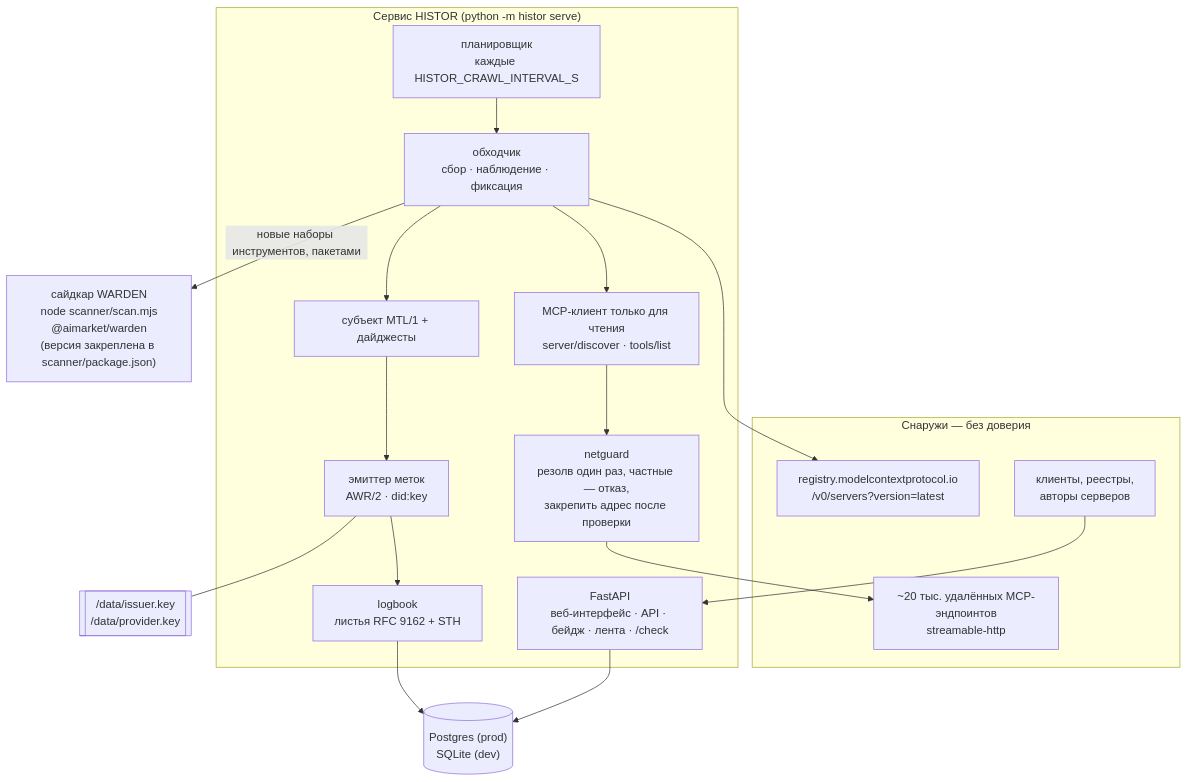
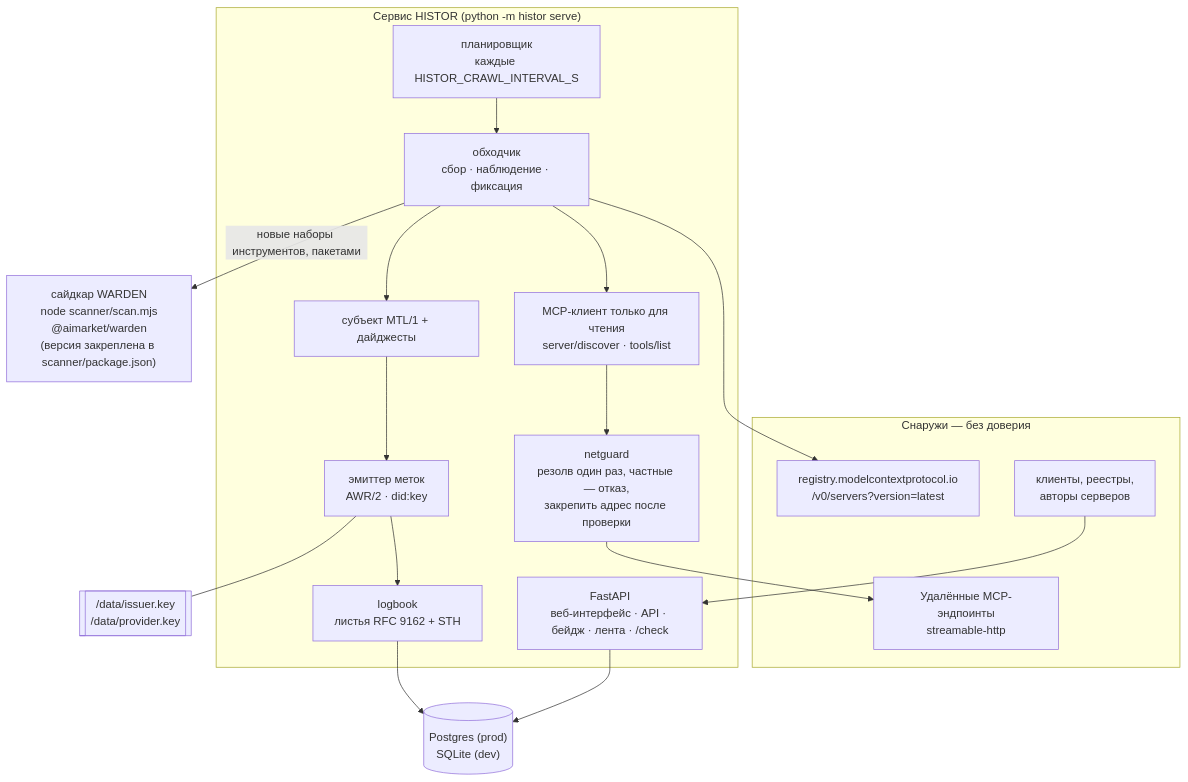
Before and after one commit to alexar76/histor: the first of 4 diagrams in docs/architecture.ru.md, drawn with Mermaid. The commit also changed other lines of this file and 42 other files, not shown here.

````diff
--- a/docs/architecture.ru.md
+++ b/docs/architecture.ru.md
@@ -9,30 +9,30 @@
 ```mermaid
 flowchart TB
     subgraph Outside["Снаружи — без доверия"]
         REG["registry.modelcontextprotocol.io<br/>/v0/servers?version=latest"]
-        MCP["~20 тыс. удалённых MCP-эндпоинтов<br/>streamable-http"]
+        MCP["Удалённые MCP-эндпоинты<br/>streamable-http"]
         CLIENT["клиенты, реестры,<br/>авторы серверов"]
     end
     subgraph Service["Сервис HISTOR (python -m histor serve)"]
         SCHED["планировщик<br/>каждые HISTOR_CRAWL_INTERVAL_S"]
         CRAWL["обходчик<br/>сбор · наблюдение · фиксация"]
         GUARD["netguard<br/>резолв один раз, частные — отказ,<br/>закрепить адрес после проверки"]
         READER["MCP-клиент только для чтения<br/>server/discover · tools/list"]
         SUBJ["субъект MTL/1 + дайджесты"]
         LABELS["эмиттер меток<br/>AWR/2 · did:key"]
         LOG["logbook<br/>листья RFC 9162 + STH"]
         API["FastAPI<br/>веб-интерфейс · API · бейдж · лента · /check"]
     end
     SIDE["сайдкар WARDEN<br/>node scanner/scan.mjs<br/>@aimarket/warden<br/>(версия закреплена в scanner/package.json)"]
     DB[("Postgres (prod)<br/>SQLite (dev)")]
     KEY[["/data/issuer.key<br/>/data/provider.key"]]
 
     SCHED --> CRAWL
     CRAWL --> REG
     CRAWL --> READER --> GUARD --> MCP
     CRAWL --> SUBJ --> LABELS --> LOG --> DB
     CRAWL -- "новые наборы инструментов, пакетами" --> SIDE
     LABELS --- KEY
     API --> DB
     CLIENT --> API
 ```
````
